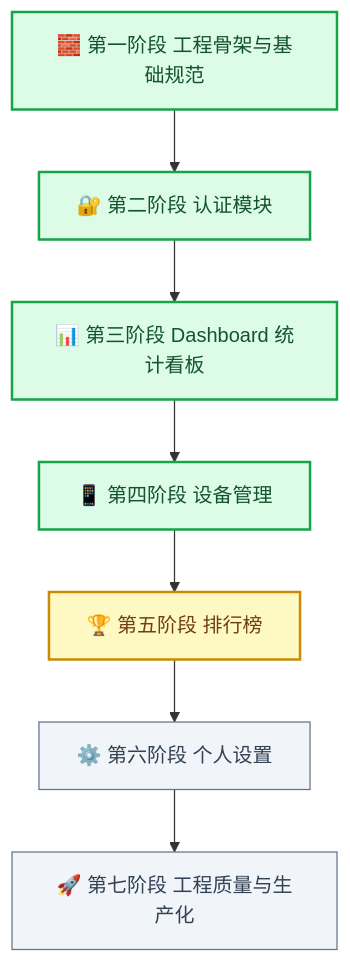
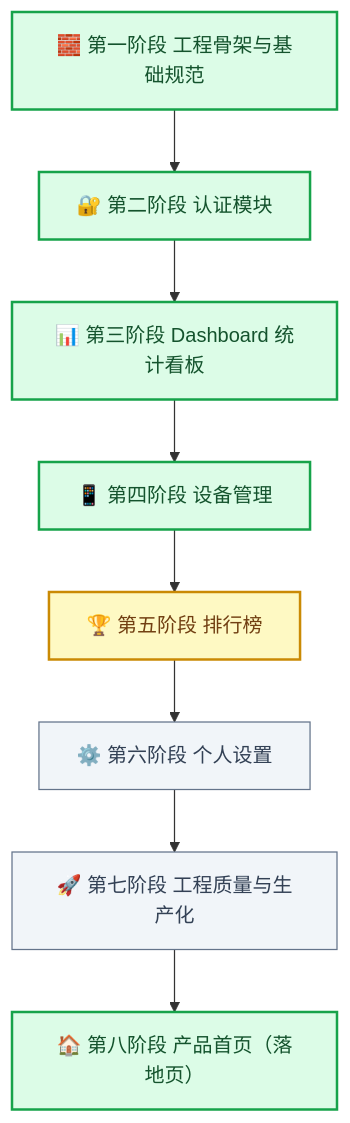
One commit to AhogeK/ctt-web changed the first of 7 diagrams in .plans/ctt-web-development-plan.md. Above: the diagram before and after it, drawn with Mermaid. The commit also changed other lines of this file and 4 other files, not shown here.

````diff
--- a/.plans/ctt-web-development-plan.md
+++ b/.plans/ctt-web-development-plan.md
@@ -29,23 +29,24 @@
 ```mermaid
 flowchart TB
  accTitle: ctt-web 开发阶段与完成状态
- accDescr: 六个功能阶段的完成情况，以及质量与生产化阶段的待办。已完成阶段用 done 类标注，部分完成用 partial，未开始用 pending。
+ accDescr: 八个阶段的完成情况。已完成阶段用 done 类标注，部分完成用 partial，未开始用 pending。
 
  base["🧱 第一阶段 工程骨架与基础规范"]
  auth["🔐 第二阶段 认证模块"]
  dash["📊 第三阶段 Dashboard 统计看板"]
  device["📱 第四阶段 设备管理"]
  board["🏆 第五阶段 排行榜"]
  settings["⚙️ 第六阶段 个人设置"]
  quality["🚀 第七阶段 工程质量与生产化"]
+ landing["🏠 第八阶段 产品首页（落地页）"]
 
- base --> auth --> dash --> device --> board --> settings --> quality
+ base --> auth --> dash --> device --> board --> settings --> quality --> landing
 
  classDef done fill:#dcfce7,stroke:#16a34a,stroke-width:2px,color:#14532d
  classDef partial fill:#fef9c3,stroke:#ca8a04,stroke-width:2px,color:#713f12
  classDef pending fill:#f1f5f9,stroke:#64748b,stroke-width:1px,color:#334155
 
- class base,auth,dash,device done
+ class base,auth,dash,device,landing done
  class board partial
  class settings,quality pending
 ```
````
